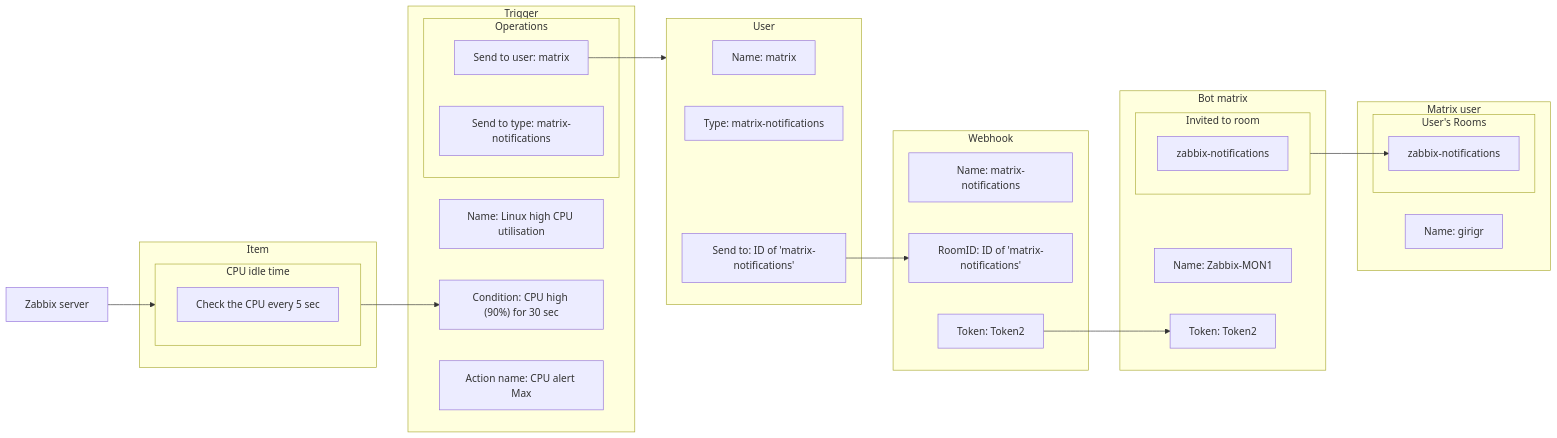
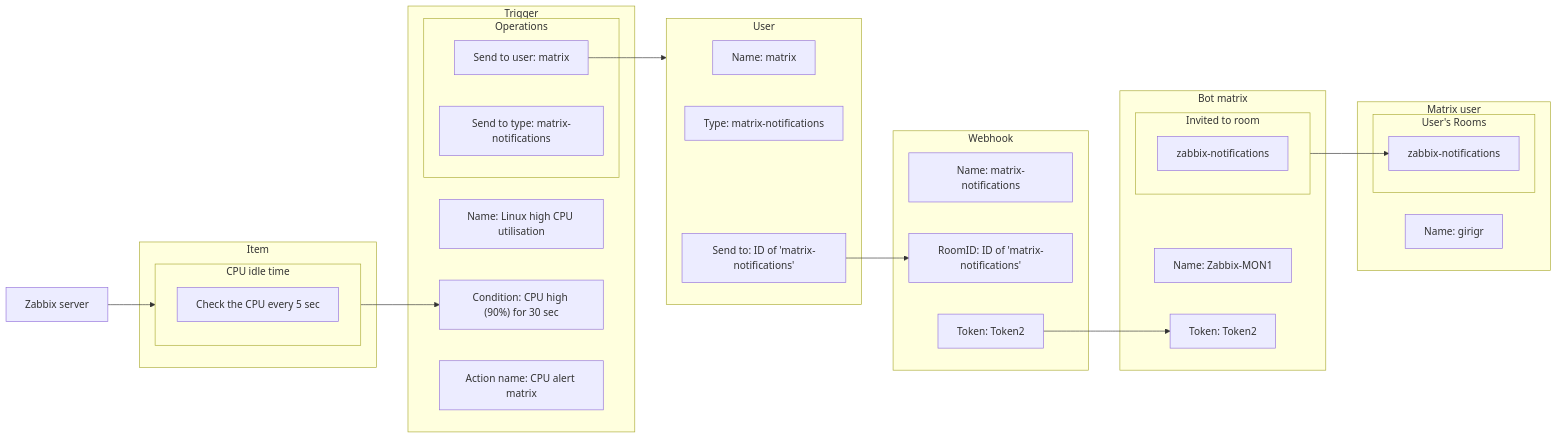
Before and after one commit to CPNV-ES-MON1/Zabbix: the diagram in Doc/Schemas/diagram-notifications.md, drawn with Mermaid.

Commit message:
correct typo

````diff
--- a/Doc/Schemas/diagram-notifications.md
+++ b/Doc/Schemas/diagram-notifications.md
@@ -3,53 +3,53 @@
 ```mermaid
 flowchart LR
  subgraph itemCpu["CPU idle time"]
         itemCpuCheck["Check the CPU every 5 sec"]
   end
  subgraph item["Item"]
         itemCpu
   end
  subgraph triggerOperation["Operations"]
         triggerOperationUser["Send to user: matrix"]
         triggerOperationMedia["Send to type: matrix-notifications"]
   end
  subgraph trigger["Trigger"]
         triggerName["Name: Linux high CPU utilisation"]
         triggerCondition["Condition: CPU high (90%) for 30 sec"]
-        triggerAction["Action name: CPU alert Max"]
+        triggerAction["Action name: CPU alert matrix"]
         triggerOperation
   end
  subgraph user["User"]
         userName["Name: matrix"]
         userType["Type: matrix-notifications"]
         userSend@{ label: "Send to: ID of 'matrix-notifications'" }
   end
  subgraph webhook["Webhook"]
         webhookName["Name: matrix-notifications"]
         webhookRoom@{ label: "RoomID: ID of 'matrix-notifications'" }
         webhookToken["Token: Token2"]
   end
  subgraph botInvites["Invited to room"]
         botInvitesRoom["zabbix-notifications"]
   end
  subgraph bot["Bot matrix"]
         botName["Name: Zabbix-MON1"]
         botToken["Token: Token2"]
         botInvites
   end
  subgraph matrixUserRooms["User's Rooms"]
         matrixUserRoomsZabbix["zabbix-notifications"]
   end
  subgraph matrixUser["Matrix user"]
         name["Name: girigr"]
         matrixUserRooms
   end
     zabbixServer["Zabbix server"] --> itemCpu
     itemCpu --> triggerCondition
     triggerOperationUser --> user
     userSend --> webhookRoom
     webhookToken --> botToken
     botInvites --> matrixUserRoomsZabbix
     userSend@{ shape: rect}
     webhookRoom@{ shape: rect}
     
 ```
````
